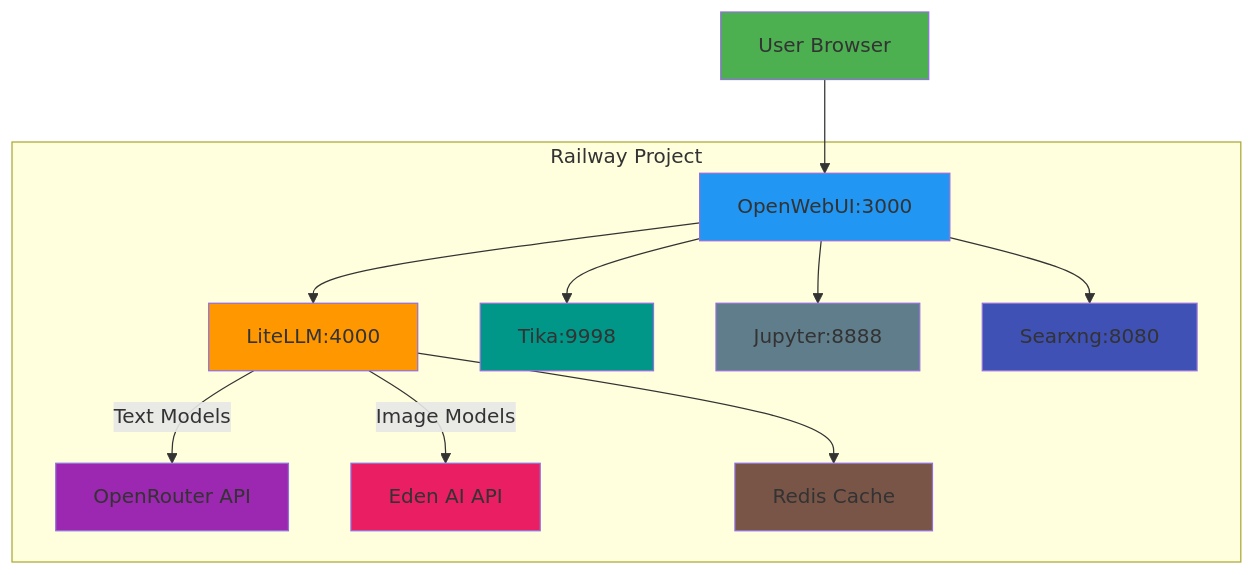
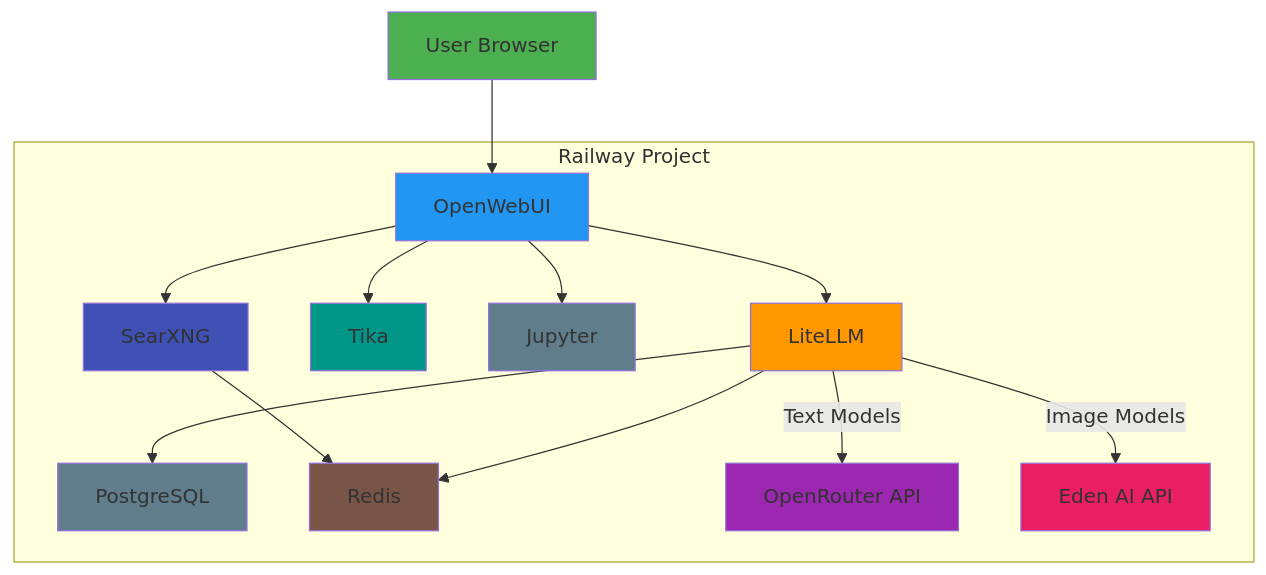
Before and after one commit to sudharsan-007/aihub: the diagram in docs/railway-deployment-guide.md, drawn with Mermaid. The commit also changed other lines of this file and 40 other files, not shown here.

Commit message:
Major documentation update and configurations for LiteLLM

````diff
--- a/docs/railway-deployment-guide.md
+++ b/docs/railway-deployment-guide.md
@@ -63,25 +37,29 @@
 ```mermaid
 graph TD
-    User[User Browser] --> OWU[OpenWebUI:3000]
+    User[User Browser] --> OWU[OpenWebUI]
     
     subgraph "Railway Project"
-        OWU --> LITELLM[LiteLLM:4000]
-        OWU --> TIKA[Tika:9998]
-        OWU --> JUPYTER[Jupyter:8888]
-        OWU --> SEARXNG[Searxng:8080]
+        OWU --> LITELLM[LiteLLM]
+        OWU --> TIKA[Tika]
+        OWU --> JUPYTER[Jupyter]
+        OWU --> SEARXNG[SearXNG]
         
+        LITELLM --> POSTGRES[PostgreSQL]
+        LITELLM --> REDIS[Redis]
         LITELLM -->|"Text Models"| OPENROUTER[OpenRouter API]
         LITELLM -->|"Image Models"| EDENAI[Eden AI API]
-        LITELLM --> REDIS[Redis Cache]
+        
+        SEARXNG --> REDIS
     end
     
     style User fill:#4CAF50
     style OWU fill:#2196F3
     style LITELLM fill:#FF9800
+    style POSTGRES fill:#607D8B
+    style REDIS fill:#795548
     style OPENROUTER fill:#9C27B0
     style EDENAI fill:#E91E63
     style JUPYTER fill:#607D8B
     style TIKA fill:#009688
     style SEARXNG fill:#3F51B5
-    style REDIS fill:#795548
 ```
````
